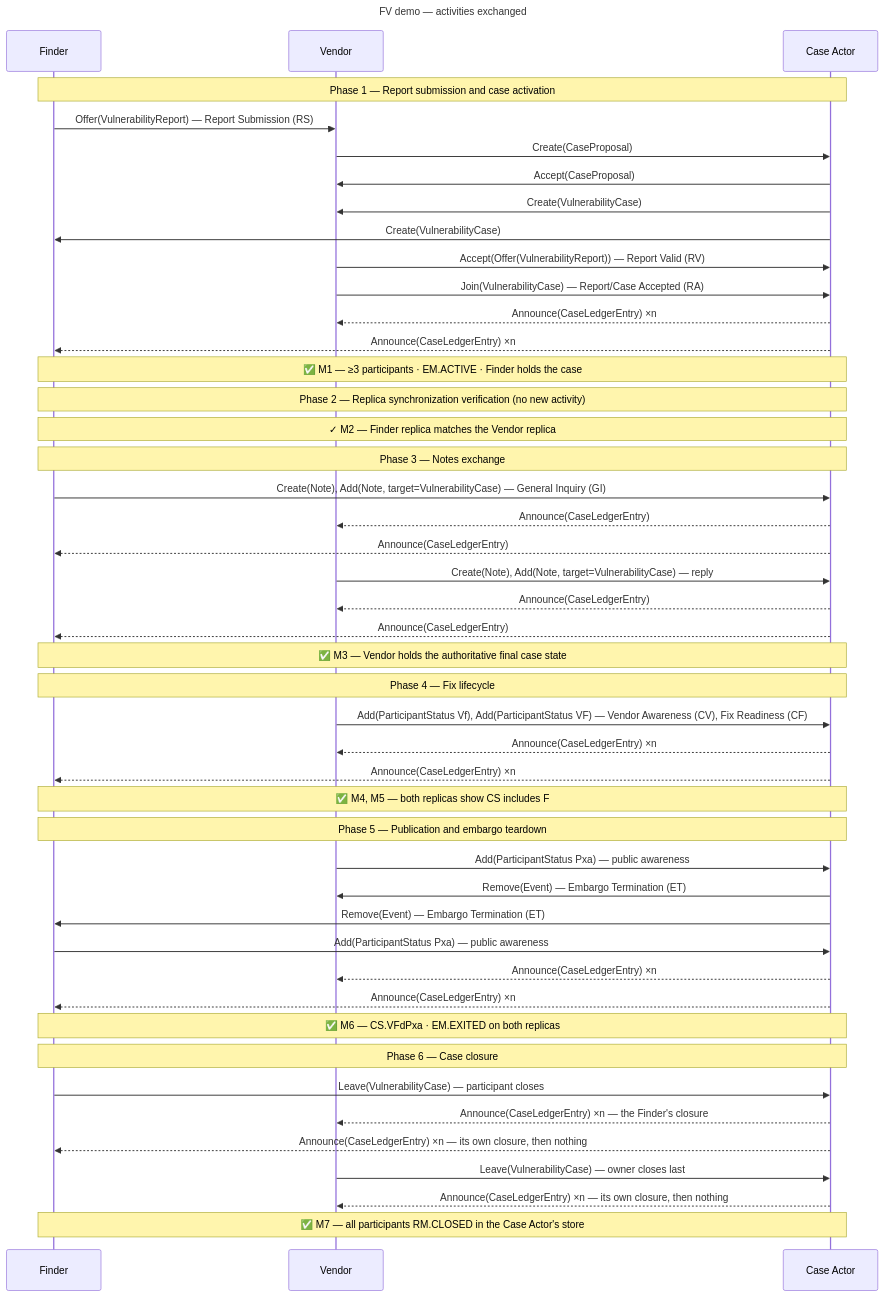
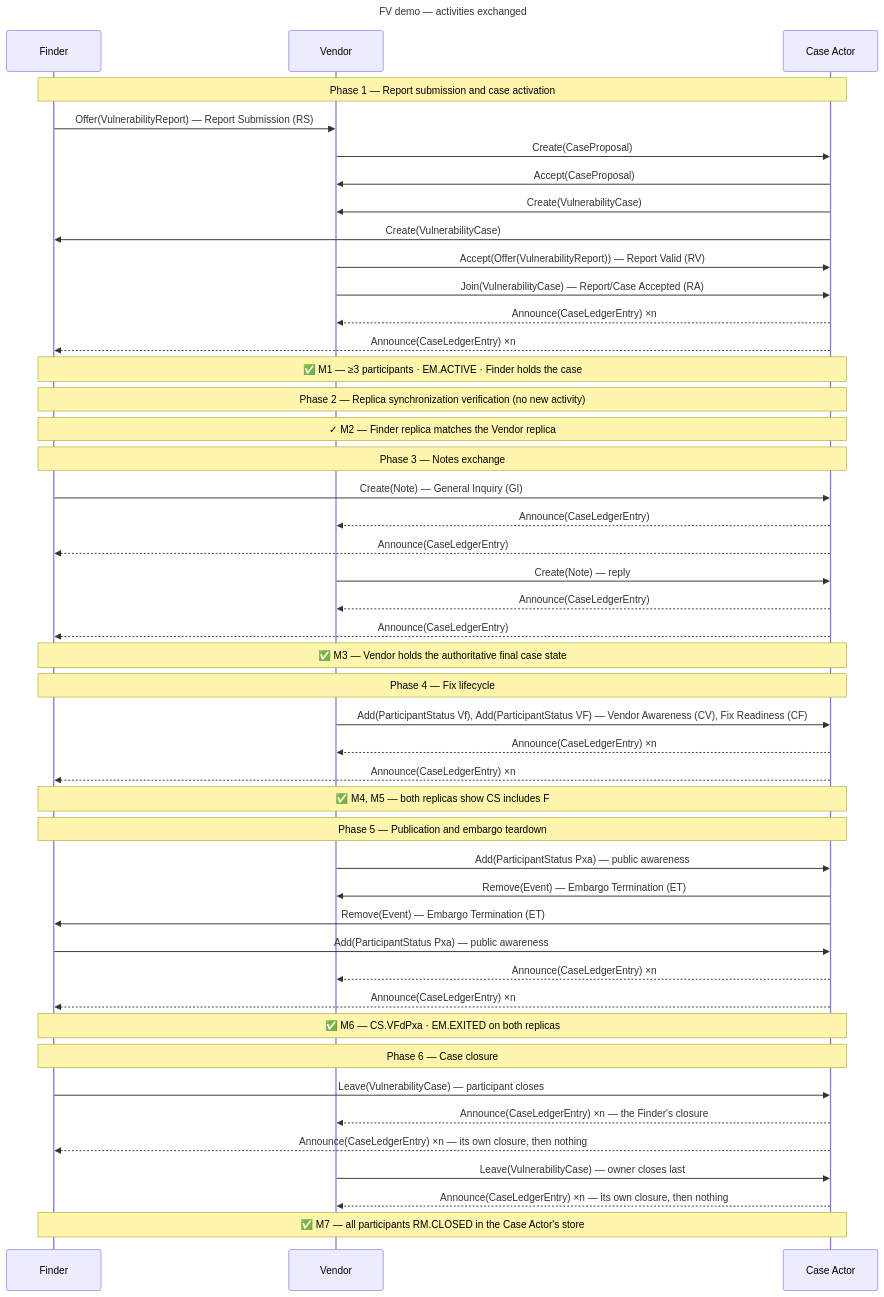
One commit to CERTCC/Vultron changed the diagram in docs/reference/fv-demo-protocol.md. Above: the diagram before and after it, drawn with Mermaid. The commit also changed other lines of this file and 61 other files, not shown here.

First line of the commit message:
feat(note): add-note trigger sends one Create(Note) with the case as context

````diff
--- a/docs/reference/fv-demo-protocol.md
+++ b/docs/reference/fv-demo-protocol.md
@@ -49,56 +49,56 @@
 ```mermaid
 ---
 title: FV demo — activities exchanged
 ---
 sequenceDiagram
     participant F as Finder
     participant V as Vendor
     participant CA as Case Actor
 
     note over F,CA: Phase 1 — Report submission and case activation
     F->>V: Offer(VulnerabilityReport) — Report Submission (RS)
     V->>CA: Create(CaseProposal)
     CA->>V: Accept(CaseProposal)
     CA->>V: Create(VulnerabilityCase)
     CA->>F: Create(VulnerabilityCase)
     V->>CA: Accept(Offer(VulnerabilityReport)) — Report Valid (RV)
     V->>CA: Join(VulnerabilityCase) — Report/Case Accepted (RA)
     CA-->>V: Announce(CaseLedgerEntry) ×n
     CA-->>F: Announce(CaseLedgerEntry) ×n
     note over F,CA: ✅ M1 — ≥3 participants · EM.ACTIVE · Finder holds the case
 
     note over F,CA: Phase 2 — Replica synchronization verification (no new activity)
     note over F,CA: ✓ M2 — Finder replica matches the Vendor replica
 
     note over F,CA: Phase 3 — Notes exchange
-    F->>CA: Create(Note), Add(Note, target=VulnerabilityCase) — General Inquiry (GI)
+    F->>CA: Create(Note) — General Inquiry (GI)
     CA-->>V: Announce(CaseLedgerEntry)
     CA-->>F: Announce(CaseLedgerEntry)
-    V->>CA: Create(Note), Add(Note, target=VulnerabilityCase) — reply
+    V->>CA: Create(Note) — reply
     CA-->>V: Announce(CaseLedgerEntry)
     CA-->>F: Announce(CaseLedgerEntry)
     note over F,CA: ✅ M3 — Vendor holds the authoritative final case state
 
     note over F,CA: Phase 4 — Fix lifecycle
     V->>CA: Add(ParticipantStatus Vf), Add(ParticipantStatus VF) — Vendor Awareness (CV), Fix Readiness (CF)
     CA-->>V: Announce(CaseLedgerEntry) ×n
     CA-->>F: Announce(CaseLedgerEntry) ×n
     note over F,CA: ✅ M4, M5 — both replicas show CS includes F
 
     note over F,CA: Phase 5 — Publication and embargo teardown
     V->>CA: Add(ParticipantStatus Pxa) — public awareness
     CA->>V: Remove(Event) — Embargo Termination (ET)
     CA->>F: Remove(Event) — Embargo Termination (ET)
     F->>CA: Add(ParticipantStatus Pxa) — public awareness
     CA-->>V: Announce(CaseLedgerEntry) ×n
     CA-->>F: Announce(CaseLedgerEntry) ×n
     note over F,CA: ✅ M6 — CS.VFdPxa · EM.EXITED on both replicas
 
     note over F,CA: Phase 6 — Case closure
     F->>CA: Leave(VulnerabilityCase) — participant closes
     CA-->>V: Announce(CaseLedgerEntry) ×n — the Finder's closure
     CA-->>F: Announce(CaseLedgerEntry) ×n — its own closure, then nothing
     V->>CA: Leave(VulnerabilityCase) — owner closes last
     CA-->>V: Announce(CaseLedgerEntry) ×n — its own closure, then nothing
     note over F,CA: ✅ M7 — all participants RM.CLOSED in the Case Actor's store
 ```
````
